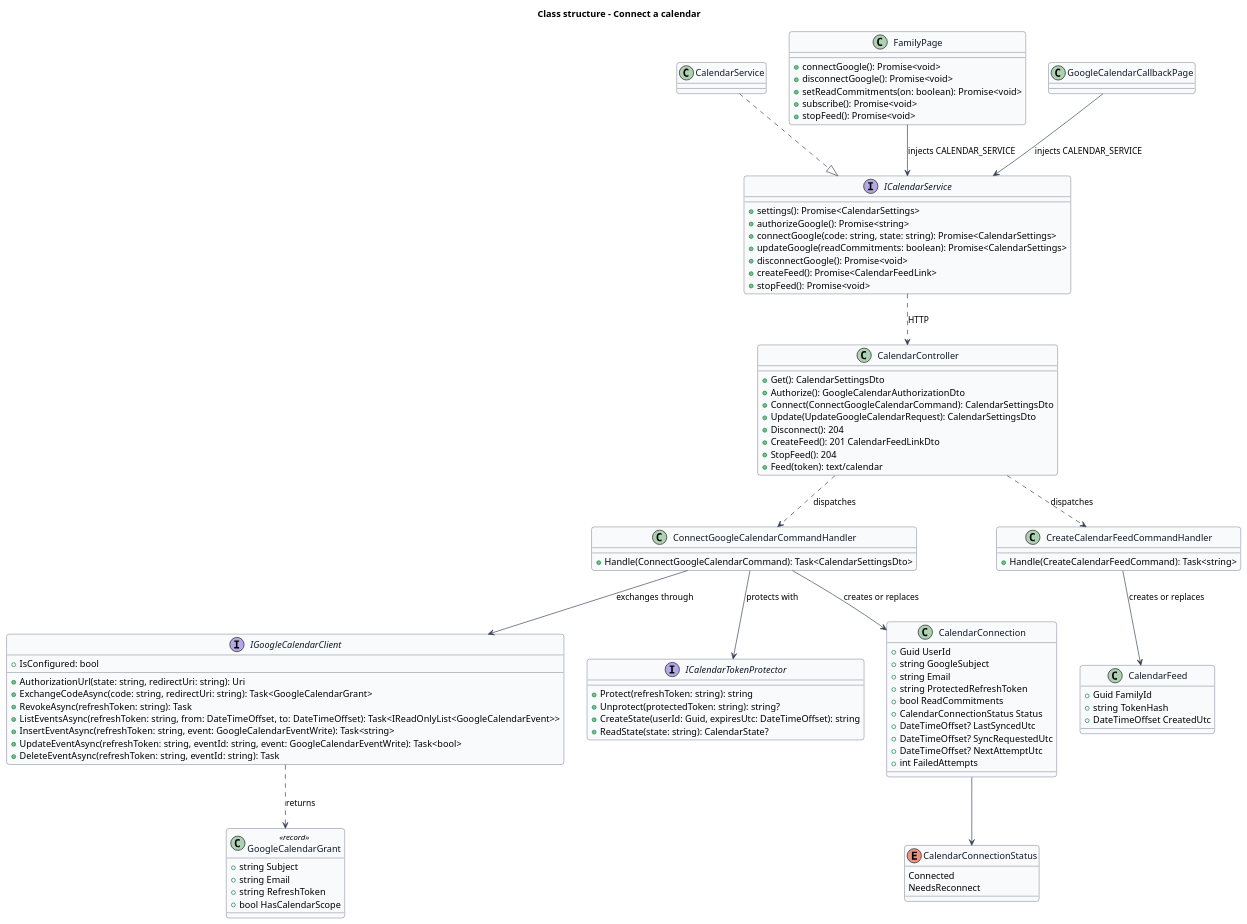
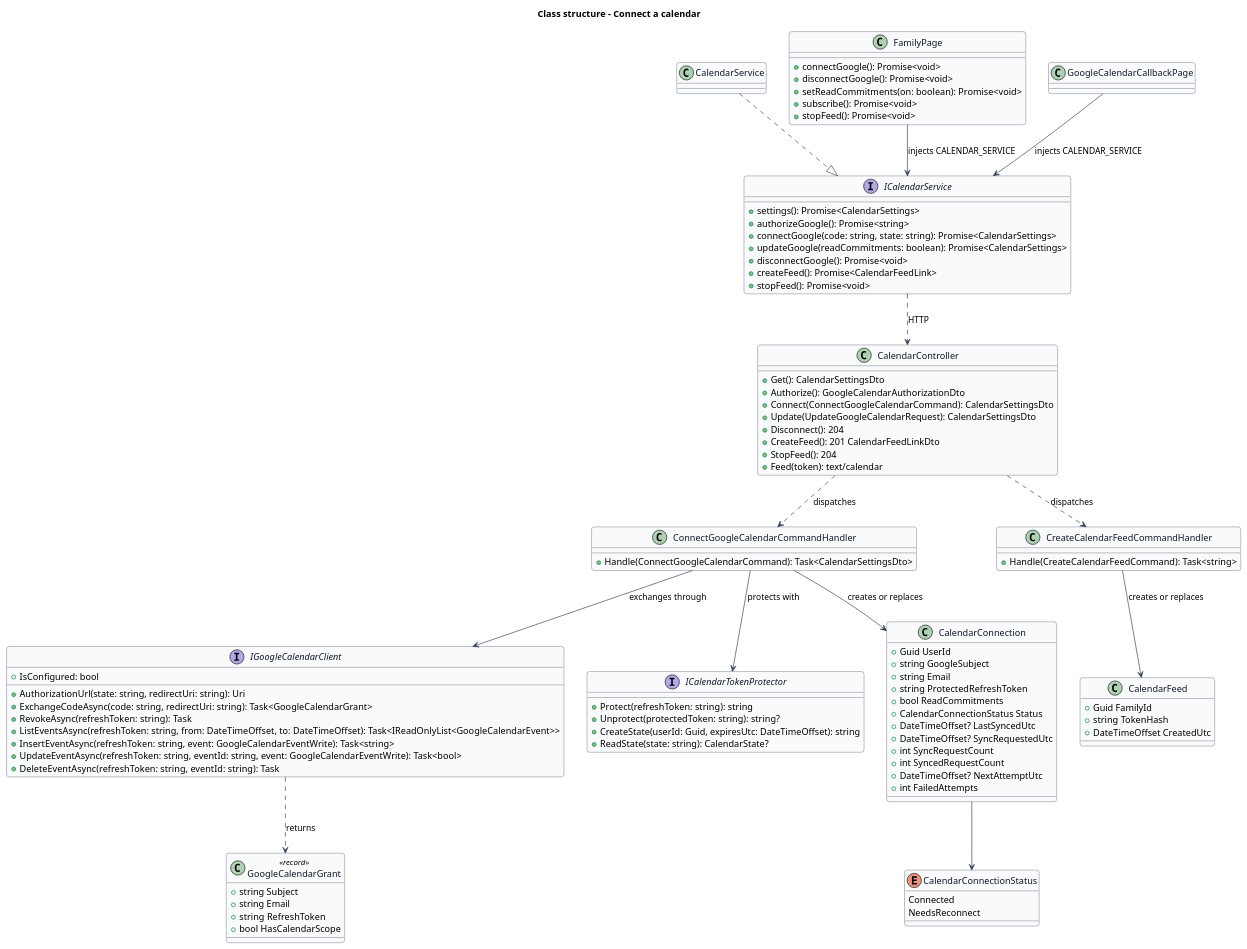
Before and after one commit to QuinntyneBrown/saturdaze: the diagram in docs/detailed-designs/identity-and-access/connect-calendar/diagrams/class-structure.puml, drawn with PlantUML. The commit also changed 44 other files, not shown here.

```diff
--- a/docs/detailed-designs/identity-and-access/connect-calendar/diagrams/class-structure.puml
+++ b/docs/detailed-designs/identity-and-access/connect-calendar/diagrams/class-structure.puml
@@ -1,103 +1,105 @@
 @startuml
 skinparam backgroundColor #FFFFFF
 skinparam shadowing false
 skinparam roundcorner 8
 skinparam defaultFontName Arial
 skinparam ArrowColor #344054
 skinparam class {
   BorderColor #344054
   FontColor #101828
   BackgroundColor #F9FAFB
 }
 title Class structure - Connect a calendar
 
 interface ICalendarService {
   +settings(): Promise<CalendarSettings>
   +authorizeGoogle(): Promise<string>
   +connectGoogle(code: string, state: string): Promise<CalendarSettings>
   +updateGoogle(readCommitments: boolean): Promise<CalendarSettings>
   +disconnectGoogle(): Promise<void>
   +createFeed(): Promise<CalendarFeedLink>
   +stopFeed(): Promise<void>
 }
 class CalendarService
 class FamilyPage {
   +connectGoogle(): Promise<void>
   +disconnectGoogle(): Promise<void>
   +setReadCommitments(on: boolean): Promise<void>
   +subscribe(): Promise<void>
   +stopFeed(): Promise<void>
 }
 class GoogleCalendarCallbackPage
 class CalendarController {
   +Get(): CalendarSettingsDto
   +Authorize(): GoogleCalendarAuthorizationDto
   +Connect(ConnectGoogleCalendarCommand): CalendarSettingsDto
   +Update(UpdateGoogleCalendarRequest): CalendarSettingsDto
   +Disconnect(): 204
   +CreateFeed(): 201 CalendarFeedLinkDto
   +StopFeed(): 204
   +Feed(token): text/calendar
 }
 class ConnectGoogleCalendarCommandHandler {
   +Handle(ConnectGoogleCalendarCommand): Task<CalendarSettingsDto>
 }
 class CreateCalendarFeedCommandHandler {
   +Handle(CreateCalendarFeedCommand): Task<string>
 }
 interface IGoogleCalendarClient {
   +IsConfigured: bool
   +AuthorizationUrl(state: string, redirectUri: string): Uri
   +ExchangeCodeAsync(code: string, redirectUri: string): Task<GoogleCalendarGrant>
   +RevokeAsync(refreshToken: string): Task
   +ListEventsAsync(refreshToken: string, from: DateTimeOffset, to: DateTimeOffset): Task<IReadOnlyList<GoogleCalendarEvent>>
   +InsertEventAsync(refreshToken: string, event: GoogleCalendarEventWrite): Task<string>
   +UpdateEventAsync(refreshToken: string, eventId: string, event: GoogleCalendarEventWrite): Task<bool>
   +DeleteEventAsync(refreshToken: string, eventId: string): Task
 }
 class GoogleCalendarGrant <<record>> {
   +string Subject
   +string Email
   +string RefreshToken
   +bool HasCalendarScope
 }
 interface ICalendarTokenProtector {
   +Protect(refreshToken: string): string
   +Unprotect(protectedToken: string): string?
   +CreateState(userId: Guid, expiresUtc: DateTimeOffset): string
   +ReadState(state: string): CalendarState?
 }
 class CalendarConnection {
   +Guid UserId
   +string GoogleSubject
   +string Email
   +string ProtectedRefreshToken
   +bool ReadCommitments
   +CalendarConnectionStatus Status
   +DateTimeOffset? LastSyncedUtc
   +DateTimeOffset? SyncRequestedUtc
+  +int SyncRequestCount
+  +int SyncedRequestCount
   +DateTimeOffset? NextAttemptUtc
   +int FailedAttempts
 }
 class CalendarFeed {
   +Guid FamilyId
   +string TokenHash
   +DateTimeOffset CreatedUtc
 }
 enum CalendarConnectionStatus {
   Connected
   NeedsReconnect
 }
 CalendarService ..|> ICalendarService
 FamilyPage --> ICalendarService : injects CALENDAR_SERVICE
 GoogleCalendarCallbackPage --> ICalendarService : injects CALENDAR_SERVICE
 ICalendarService ..> CalendarController : HTTP
 CalendarController ..> ConnectGoogleCalendarCommandHandler : dispatches
 CalendarController ..> CreateCalendarFeedCommandHandler : dispatches
 ConnectGoogleCalendarCommandHandler --> IGoogleCalendarClient : exchanges through
 ConnectGoogleCalendarCommandHandler --> ICalendarTokenProtector : protects with
 IGoogleCalendarClient ..> GoogleCalendarGrant : returns
 ConnectGoogleCalendarCommandHandler --> CalendarConnection : creates or replaces
 CalendarConnection --> CalendarConnectionStatus
 CreateCalendarFeedCommandHandler --> CalendarFeed : creates or replaces
 @enduml
```
